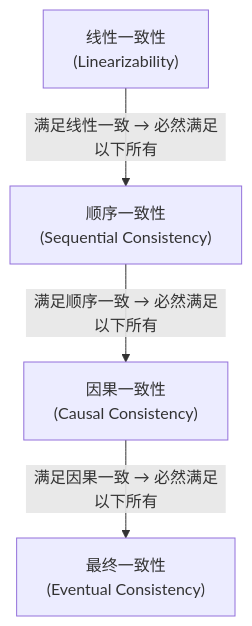
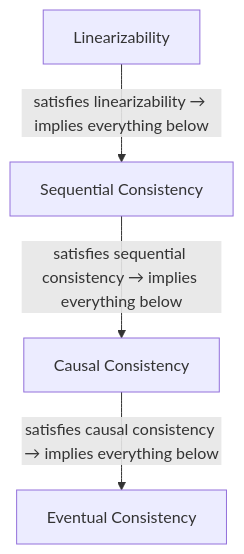
Before and after one commit to Awesome-Embedded-Learning-Studio/Tutorial_AwesomeModernCPP: the diagram in documents/en/vol5-concurrency/ch09-distributed-bridge/02-distributed-primitives.md, drawn with Mermaid. The commit also changed other lines of this file and 605 other files, not shown here.

````diff
--- a/documents/en/vol5-concurrency/ch09-distributed-bridge/02-distributed-primitives.md
+++ b/documents/en/vol5-concurrency/ch09-distributed-bridge/02-distributed-primitives.md
@@ -89,6 +89,6 @@
 ```mermaid
 flowchart TD
-    A["线性一致性<br/>(Linearizability)"] -->|"满足线性一致 → 必然满足以下所有"| B["顺序一致性<br/>(Sequential Consistency)"]
-    B -->|"满足顺序一致 → 必然满足以下所有"| C["因果一致性<br/>(Causal Consistency)"]
-    C -->|"满足因果一致 → 必然满足以下所有"| D["最终一致性<br/>(Eventual Consistency)"]
+    A["Linearizability"] -->|"satisfies linearizability → implies everything below"| B["Sequential Consistency"]
+    B -->|"satisfies sequential consistency → implies everything below"| C["Causal Consistency"]
+    C -->|"satisfies causal consistency → implies everything below"| D["Eventual Consistency"]
 ```
````
